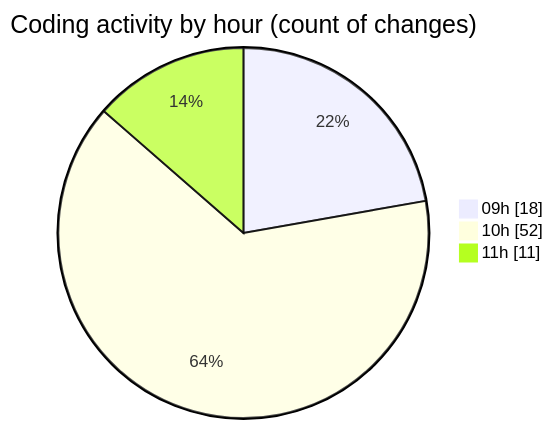
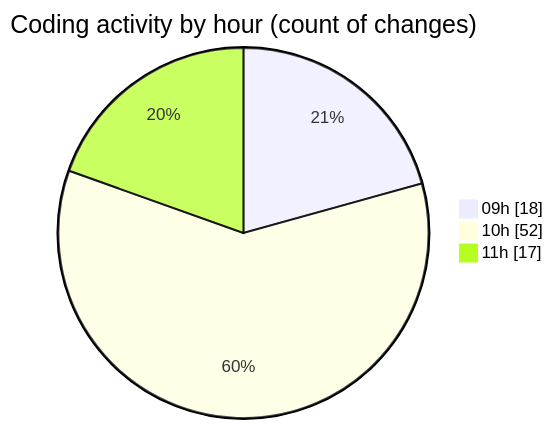
Before and after one commit to momahboobian/code-tracking: the second of 2 diagrams in 2025-03-21/cda/README.md, drawn with Mermaid. The commit also changed other lines of this file and 1 other file, not shown here.

````diff
--- a/2025-03-21/cda/README.md
+++ b/2025-03-21/cda/README.md
@@ -37,7 +38,7 @@
 ```mermaid
 pie showData
 title Coding activity by hour (count of changes)
 "09h" : 18
 "10h" : 52
-"11h" : 11
+"11h" : 17
 ```
````
